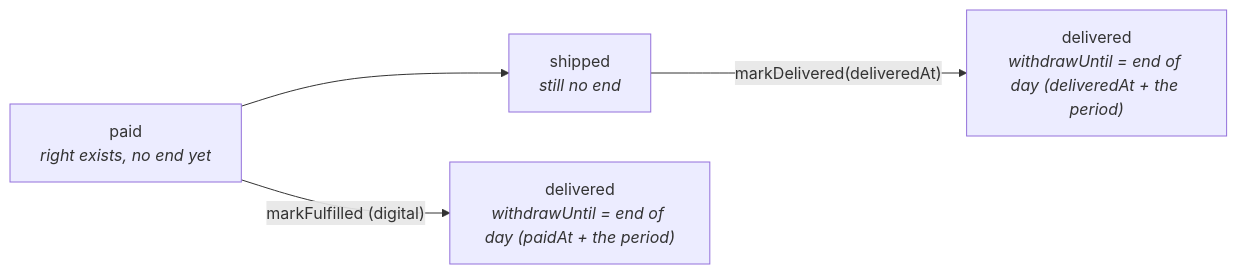
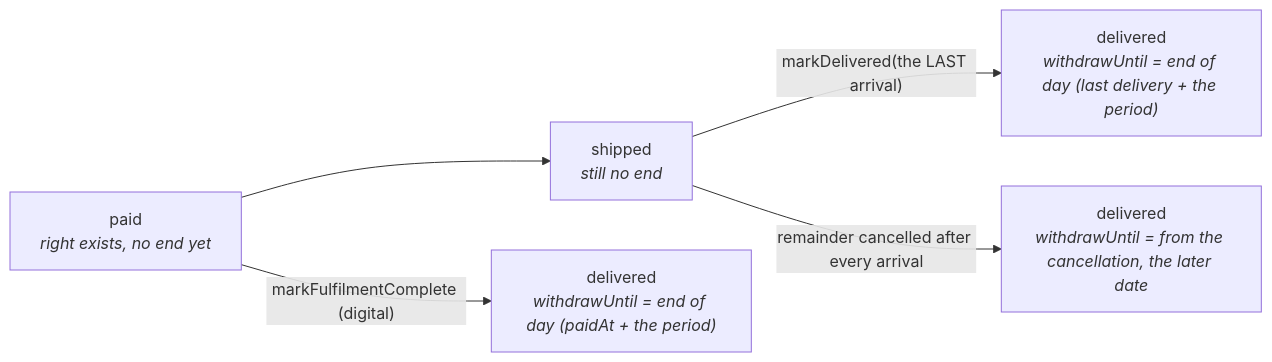
Before and after one commit to Guebbit/boilerplate-node-backend: the fourth of 5 diagrams in docs/modules/orders.md, drawn with Mermaid. The commit also changed other lines of this file and 20 other files, not shown here.

````diff
--- a/docs/modules/orders.md
+++ b/docs/modules/orders.md
@@ -289,6 +342,7 @@
 ```mermaid
 flowchart LR
     paid["paid<br/><i>right exists, no end yet</i>"] --> shipped["shipped<br/><i>still no end</i>"]
-    shipped -- "markDelivered(deliveredAt)" --> goods["delivered<br/><i>withdrawUntil = end of day (deliveredAt + the period)</i>"]
-    paid -- "markFulfilled (digital)" --> digital["delivered<br/><i>withdrawUntil = end of day (paidAt + the period)</i>"]
+    shipped -- "markDelivered(the LAST arrival)" --> goods["delivered<br/><i>withdrawUntil = end of day (last delivery + the period)</i>"]
+    paid -- "markFulfilmentComplete (digital)" --> digital["delivered<br/><i>withdrawUntil = end of day (paidAt + the period)</i>"]
+    shipped -- "remainder cancelled after every arrival" --> late["delivered<br/><i>withdrawUntil = from the cancellation, the later date</i>"]
 ```
````
